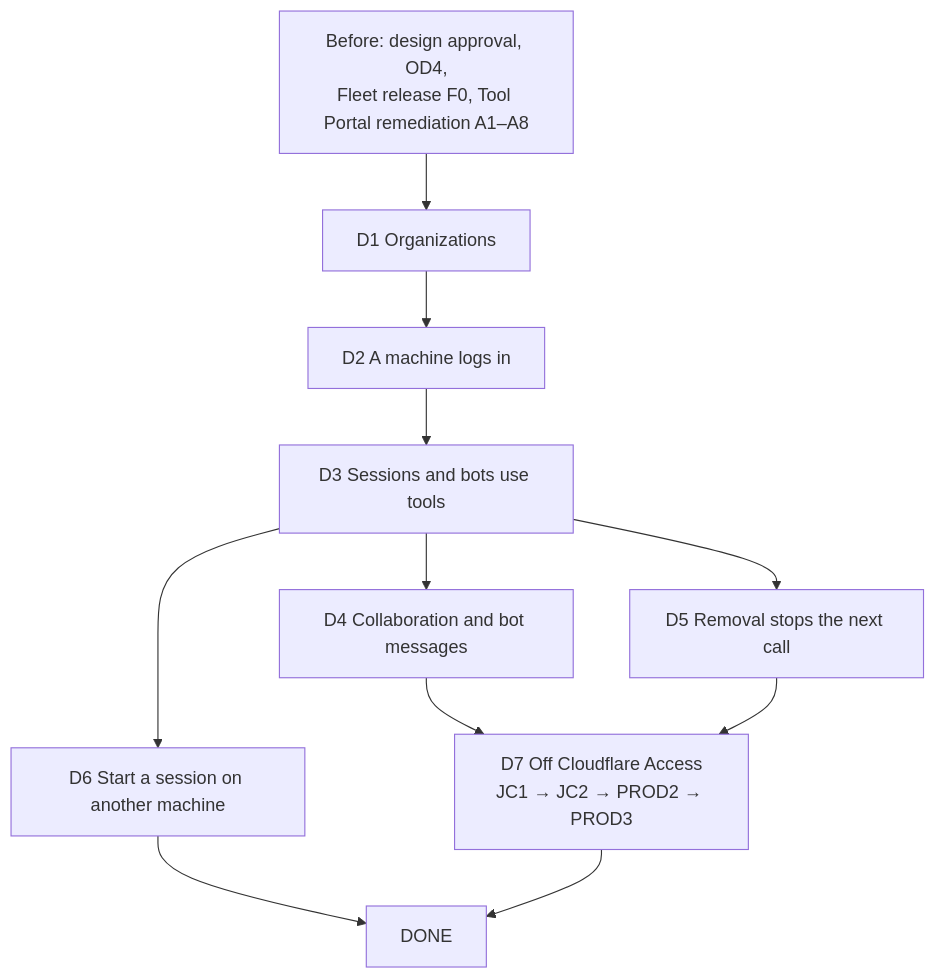
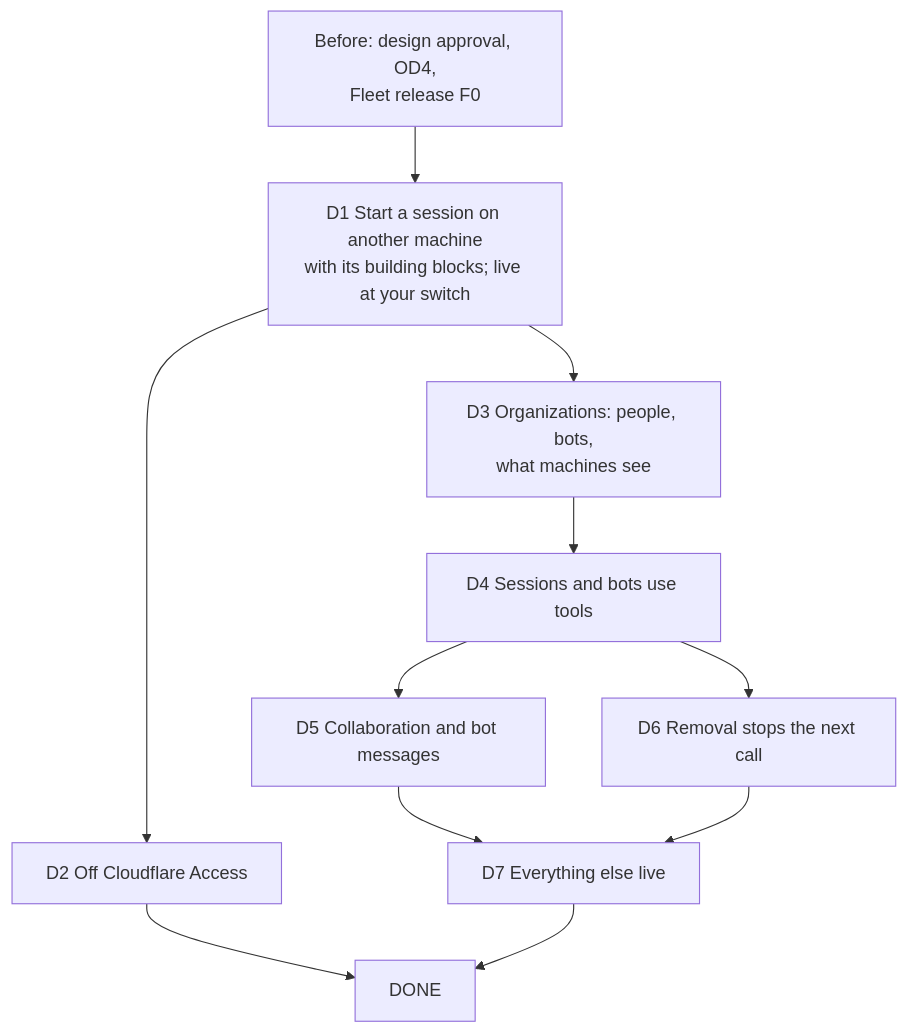
One commit to ShravanSunder/agent-vm changed the diagram in docs/specs/2026-10-24-agent-identity/plans/2026-10-27-agent-identity-delivery.md. Above: the diagram before and after it, drawn with Mermaid. The commit also changed other lines of this file and 19 other files, not shown here.

````diff
--- a/docs/specs/2026-10-24-agent-identity/plans/2026-10-27-agent-identity-delivery.md
+++ b/docs/specs/2026-10-24-agent-identity/plans/2026-10-27-agent-identity-delivery.md
@@ -31,22 +33,22 @@
 ```mermaid
 flowchart TB
-  PRE["Before: design approval, OD4,<br/>Fleet release F0, Tool Portal remediation A1–A8"]
-  D1["D1 Organizations"]
-  D2["D2 A machine logs in"]
-  D3["D3 Sessions and bots use tools"]
-  D4["D4 Collaboration and bot messages"]
-  D5["D5 Removal stops the next call"]
-  D6["D6 Start a session on another machine"]
-  D7["D7 Off Cloudflare Access<br/>JC1 → JC2 → PROD2 → PROD3"]
+  PRE["Before: design approval, OD4,<br/>Fleet release F0"]
+  D1["D1 Start a session on another machine<br/>with its building blocks; live at your switch"]
+  D2["D2 Off Cloudflare Access"]
+  D3["D3 Organizations: people, bots,<br/>what machines see"]
+  D4["D4 Sessions and bots use tools"]
+  D5["D5 Collaboration and bot messages"]
+  D6["D6 Removal stops the next call"]
+  D7["D7 Everything else live"]
   DONE["DONE"]
   PRE --> D1
   D1 --> D2
-  D2 --> D3
+  D1 --> D3
   D3 --> D4
-  D3 --> D5
-  D3 --> D6
-  D4 --> D7
+  D4 --> D5
+  D4 --> D6
   D5 --> D7
-  D6 --> DONE
+  D6 --> D7
+  D2 --> DONE
   D7 --> DONE
 ```
````
